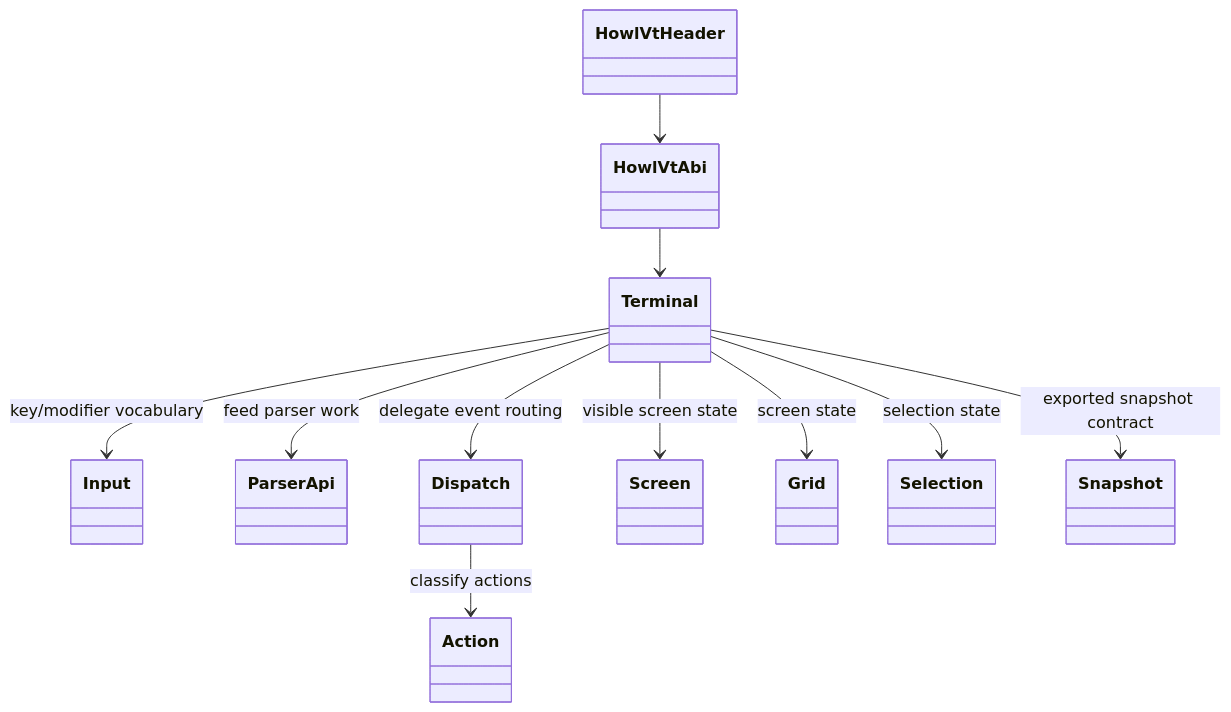
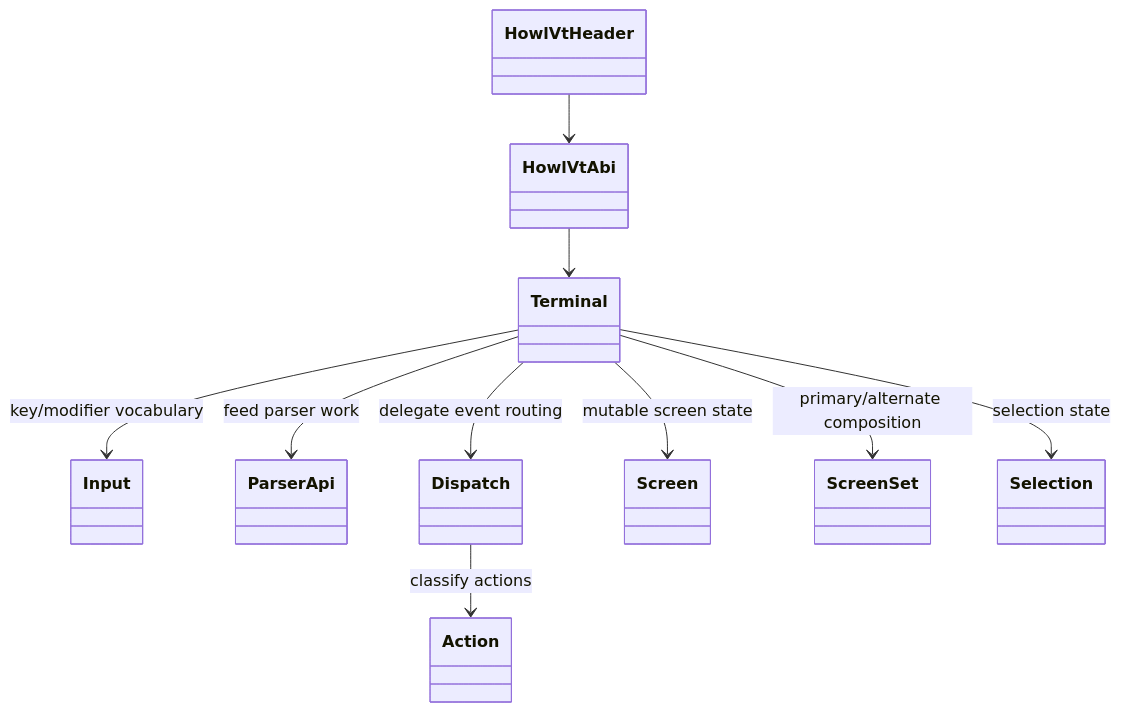
Before and after one commit to LaurenceGuws/howl-vt: the first of 4 diagrams in design.md, drawn with Mermaid. The commit also changed other lines of this file and 45 other files, not shown here.

Commit message:
vt: rename grid owner to screen

````diff
--- a/design.md
+++ b/design.md
@@ -31,25 +31,23 @@
 ```mermaid
 classDiagram
     class HowlVtHeader
     class HowlVtAbi
     class Terminal
     class Input
     class ParserApi
     class Action
     class Dispatch
     class Screen
-    class Grid
+    class ScreenSet
     class Selection
-    class Snapshot
 
     HowlVtHeader --> HowlVtAbi
     HowlVtAbi --> Terminal
     Terminal --> Input : key/modifier vocabulary
     Terminal --> ParserApi : feed parser work
     Terminal --> Dispatch : delegate event routing
     Dispatch --> Action : classify actions
-    Terminal --> Screen : visible screen state
-    Terminal --> Grid : screen state
+    Terminal --> Screen : mutable screen state
+    Terminal --> ScreenSet : primary/alternate composition
     Terminal --> Selection : selection state
-    Terminal --> Snapshot : exported snapshot contract
 ```
````
